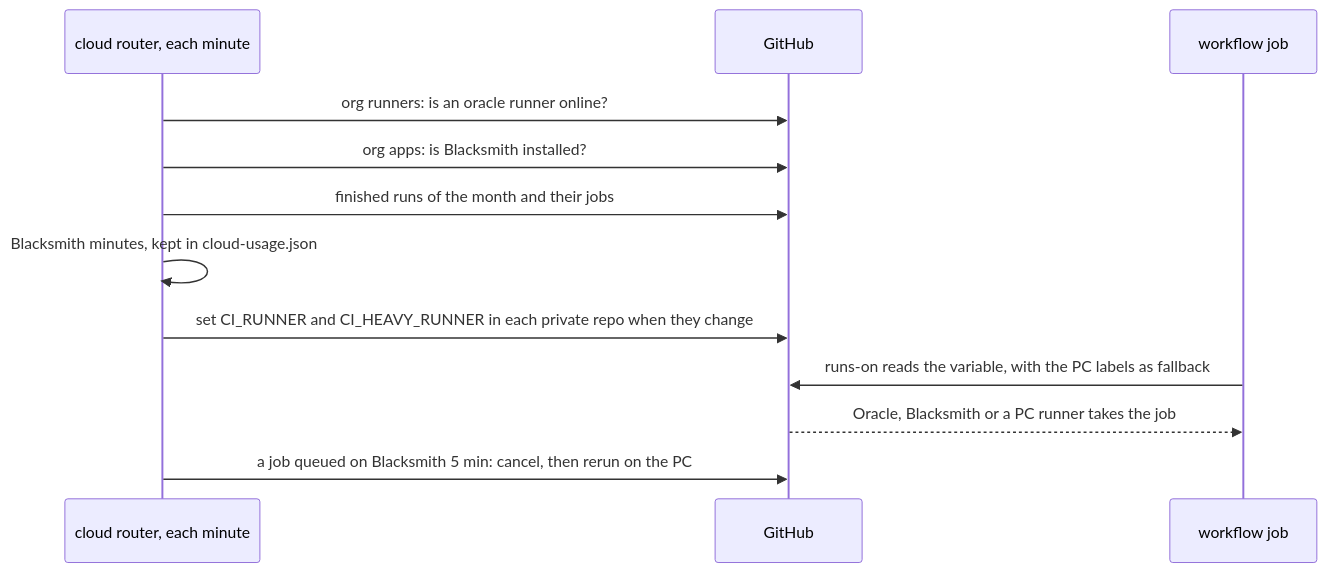
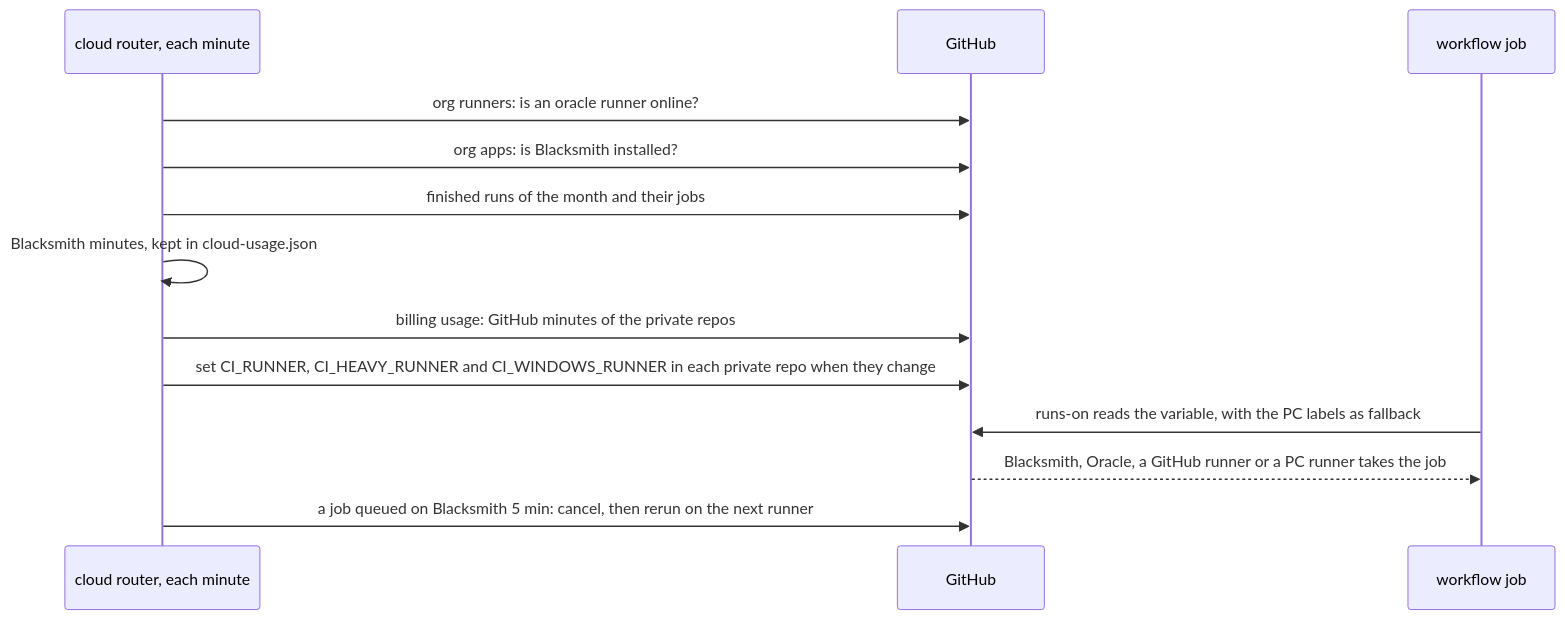
The third of 5 diagrams in docs/architecture.md (workbench-soft/local-ci), drawn with Mermaid before and after one commit. The commit also changed other lines of this file and 10 other files, not shown here.

First line of the commit message:
CI order: Blacksmith, Oracle, GitHub, then this PC (#101)

````diff
--- a/docs/architecture.md
+++ b/docs/architecture.md
@@ -83,14 +83,15 @@
 ```mermaid
 sequenceDiagram
   participant R as cloud router, each minute
   participant G as GitHub
   participant W as workflow job
   R->>G: org runners: is an oracle runner online?
   R->>G: org apps: is Blacksmith installed?
   R->>G: finished runs of the month and their jobs
   R->>R: Blacksmith minutes, kept in cloud-usage.json
-  R->>G: set CI_RUNNER and CI_HEAVY_RUNNER in each private repo when they change
+  R->>G: billing usage: GitHub minutes of the private repos
+  R->>G: set CI_RUNNER, CI_HEAVY_RUNNER and CI_WINDOWS_RUNNER in each private repo when they change
   W->>G: runs-on reads the variable, with the PC labels as fallback
-  G-->>W: Oracle, Blacksmith or a PC runner takes the job
-  R->>G: a job queued on Blacksmith 5 min: cancel, then rerun on the PC
+  G-->>W: Blacksmith, Oracle, a GitHub runner or a PC runner takes the job
+  R->>G: a job queued on Blacksmith 5 min: cancel, then rerun on the next runner
 ```
````
